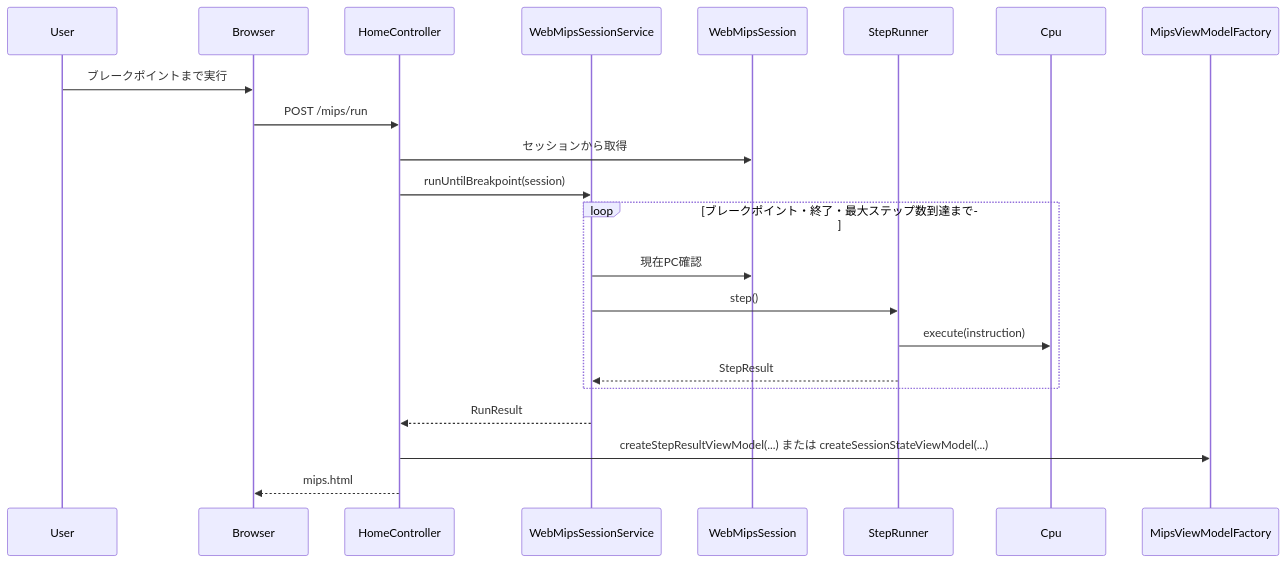
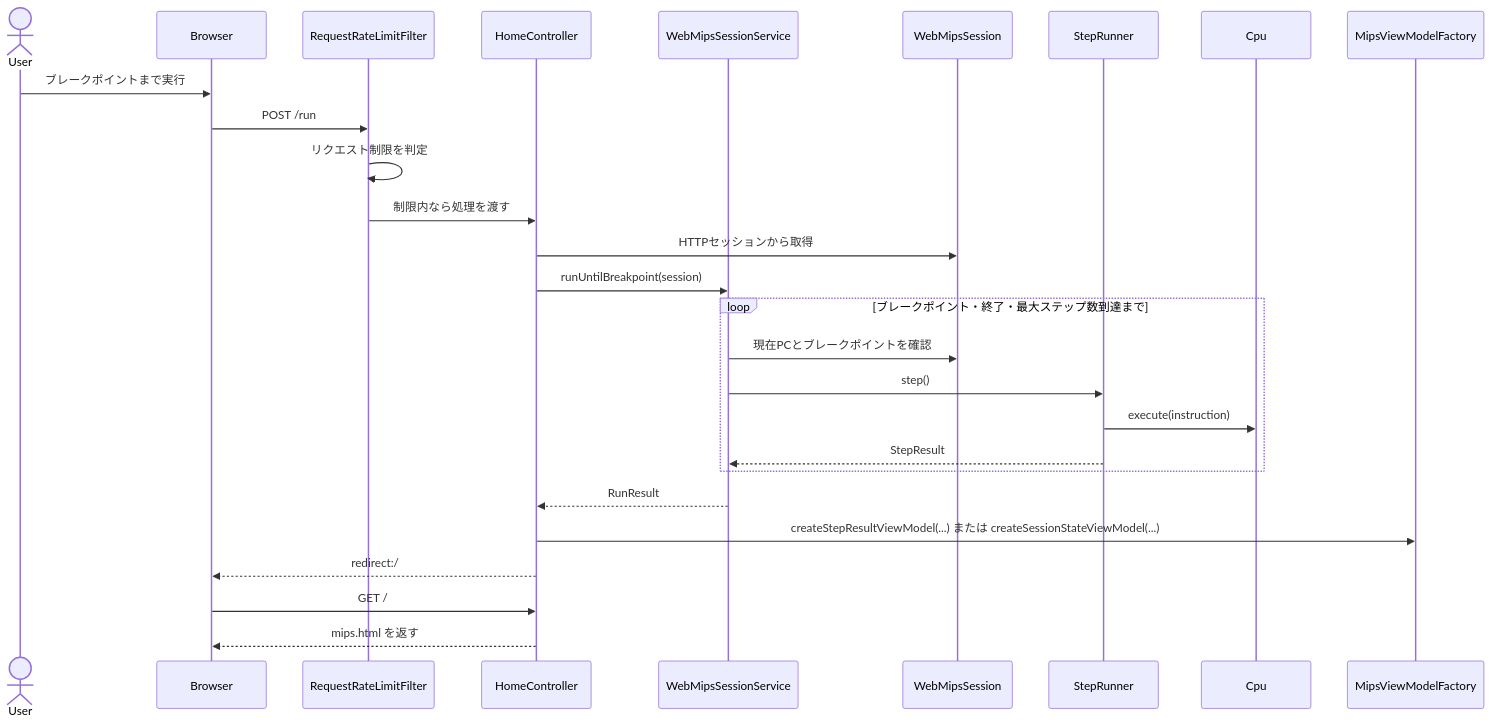
Before and after one commit to mkunori/MipsStepLab: the fifth of 5 diagrams in README.md, drawn with Mermaid. The commit also changed other lines of this file, not shown here.

````diff
--- a/README.md
+++ b/README.md
@@ -524,28 +533,32 @@
 ```mermaid
 sequenceDiagram
+    actor User
+    participant Browser
+    participant Filter as RequestRateLimitFilter
+    participant Controller as HomeController
+    participant Service as WebMipsSessionService
+    participant Session as WebMipsSession
+    participant Runner as StepRunner
+    participant Cpu
+    participant Factory as MipsViewModelFactory
 
-participant User
-participant Browser
-participant HomeController
-participant WebMipsSessionService
-participant WebMipsSession
-participant StepRunner
-participant Cpu
-participant MipsViewModelFactory
+    User->>Browser: ブレークポイントまで実行
+    Browser->>Filter: POST /run
+    Filter->>Filter: リクエスト制限を判定
+    Filter->>Controller: 制限内なら処理を渡す
+    Controller->>Session: HTTPセッションから取得
+    Controller->>Service: runUntilBreakpoint(session)
 
-User ->> Browser : ブレークポイントまで実行
-Browser ->> HomeController : POST /mips/run
-HomeController ->> WebMipsSession : セッションから取得
-HomeController ->> WebMipsSessionService : runUntilBreakpoint(session)
+    loop ブレークポイント・終了・最大ステップ数到達まで
+        Service->>Session: 現在PCとブレークポイントを確認
+        Service->>Runner: step()
+        Runner->>Cpu: execute(instruction)
+        Runner-->>Service: StepResult
+    end
 
-loop ブレークポイント・終了・最大ステップ数到達まで
-    WebMipsSessionService ->> WebMipsSession : 現在PC確認
-    WebMipsSessionService ->> StepRunner : step()
-    StepRunner ->> Cpu : execute(instruction)
-    StepRunner -->> WebMipsSessionService : StepResult
-end
-
-WebMipsSessionService -->> HomeController : RunResult
-HomeController ->> MipsViewModelFactory : createStepResultViewModel(...) または createSessionStateViewModel(...)
-HomeController -->> Browser : mips.html
+    Service-->>Controller: RunResult
+    Controller->>Factory: createStepResultViewModel(...) または createSessionStateViewModel(...)
+    Controller-->>Browser: redirect:/
+    Browser->>Controller: GET /
+    Controller-->>Browser: mips.html を返す
 ```
````
